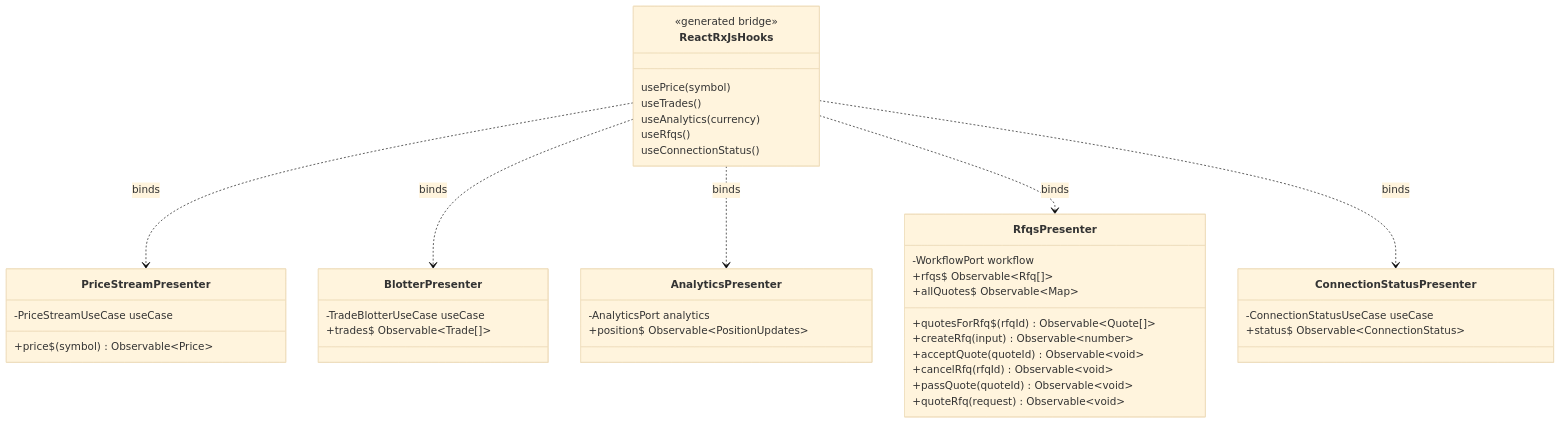
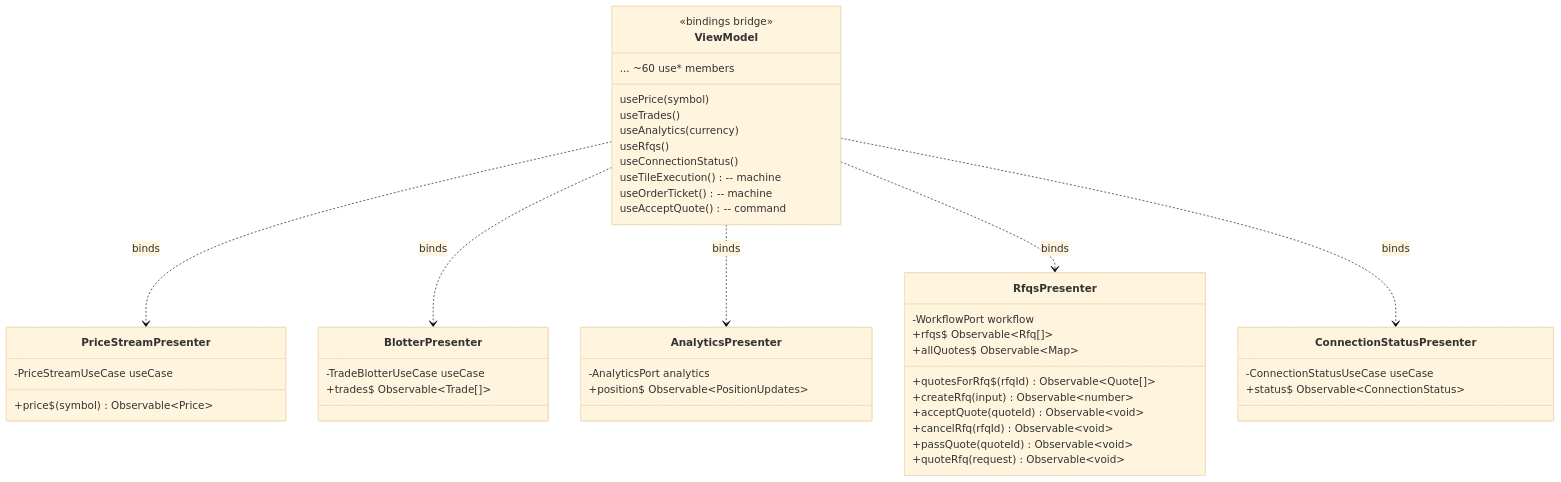
Diagram 12 of 29 in docs/architecture.md (bettersoftware-io/ReactiveTraderCloudClone), drawn with Mermaid (base theme) before and after one commit. The commit also changed other lines of this file and 4 other files, not shown here.

First line of the commit message:
docs(architecture): sync architecture.md with the multi-client reality

````diff
--- a/docs/architecture.md
+++ b/docs/architecture.md
@@ -681,51 +852,55 @@
 ```mermaid
 classDiagram
     direction TB
 
     class PriceStreamPresenter {
         -PriceStreamUseCase useCase
         +price$(symbol) Observable~Price~
     }
 
     class BlotterPresenter {
         -TradeBlotterUseCase useCase
         +trades$ Observable~Trade[]~
     }
 
     class AnalyticsPresenter {
         -AnalyticsPort analytics
         +position$ Observable~PositionUpdates~
     }
 
     class RfqsPresenter {
         -WorkflowPort workflow
         +rfqs$ Observable~Rfq[]~
         +allQuotes$ Observable~Map~
         +quotesForRfq$(rfqId) Observable~Quote[]~
         +createRfq(input) Observable~number~
         +acceptQuote(quoteId) Observable~void~
         +cancelRfq(rfqId) Observable~void~
         +passQuote(quoteId) Observable~void~
         +quoteRfq(request) Observable~void~
     }
 
     class ConnectionStatusPresenter {
         -ConnectionStatusUseCase useCase
         +status$ Observable~ConnectionStatus~
     }
 
-    class ReactRxJsHooks {
-        <<generated bridge>>
+    class ViewModel {
+        <<bindings bridge>>
         usePrice(symbol)
         useTrades()
         useAnalytics(currency)
         useRfqs()
         useConnectionStatus()
+        useTileExecution() -- machine
+        useOrderTicket() -- machine
+        useAcceptQuote() -- command
+        ... ~60 use* members
     }
 
-    ReactRxJsHooks ..> PriceStreamPresenter : binds
-    ReactRxJsHooks ..> BlotterPresenter : binds
-    ReactRxJsHooks ..> AnalyticsPresenter : binds
-    ReactRxJsHooks ..> RfqsPresenter : binds
-    ReactRxJsHooks ..> ConnectionStatusPresenter : binds
+    ViewModel ..> PriceStreamPresenter : binds
+    ViewModel ..> BlotterPresenter : binds
+    ViewModel ..> AnalyticsPresenter : binds
+    ViewModel ..> RfqsPresenter : binds
+    ViewModel ..> ConnectionStatusPresenter : binds
 ```
````
